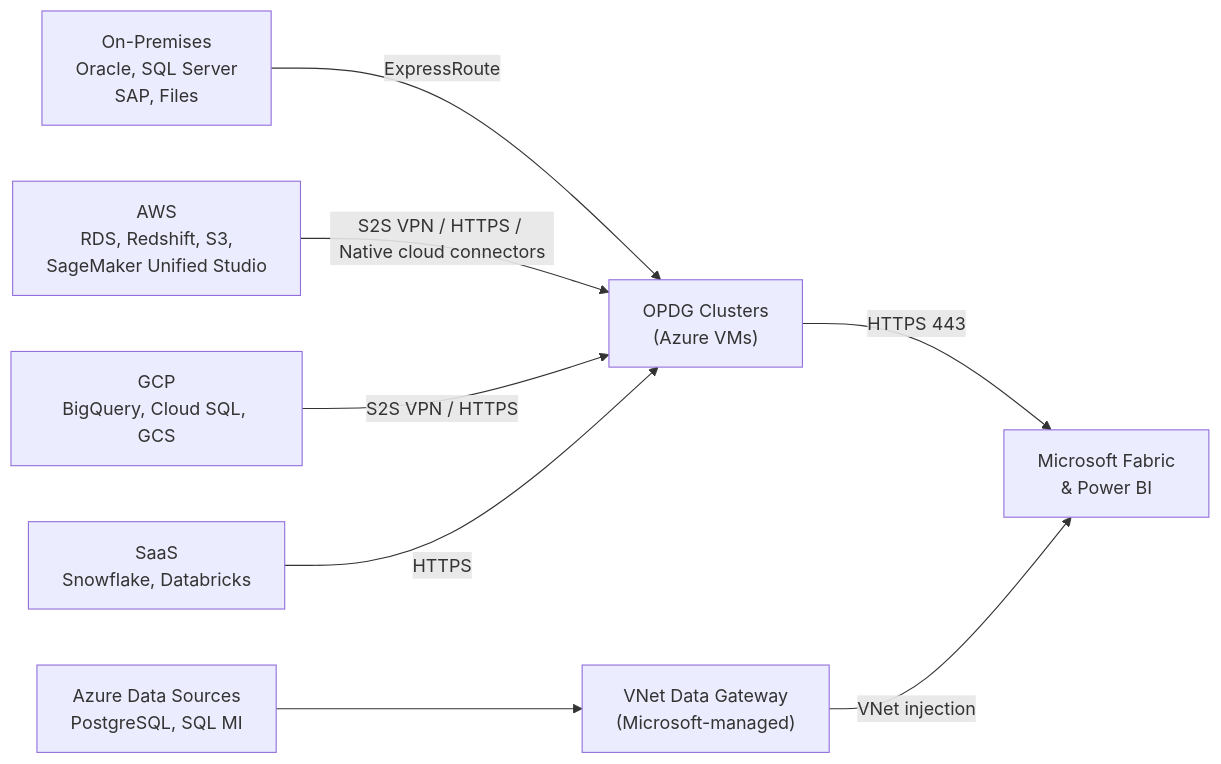
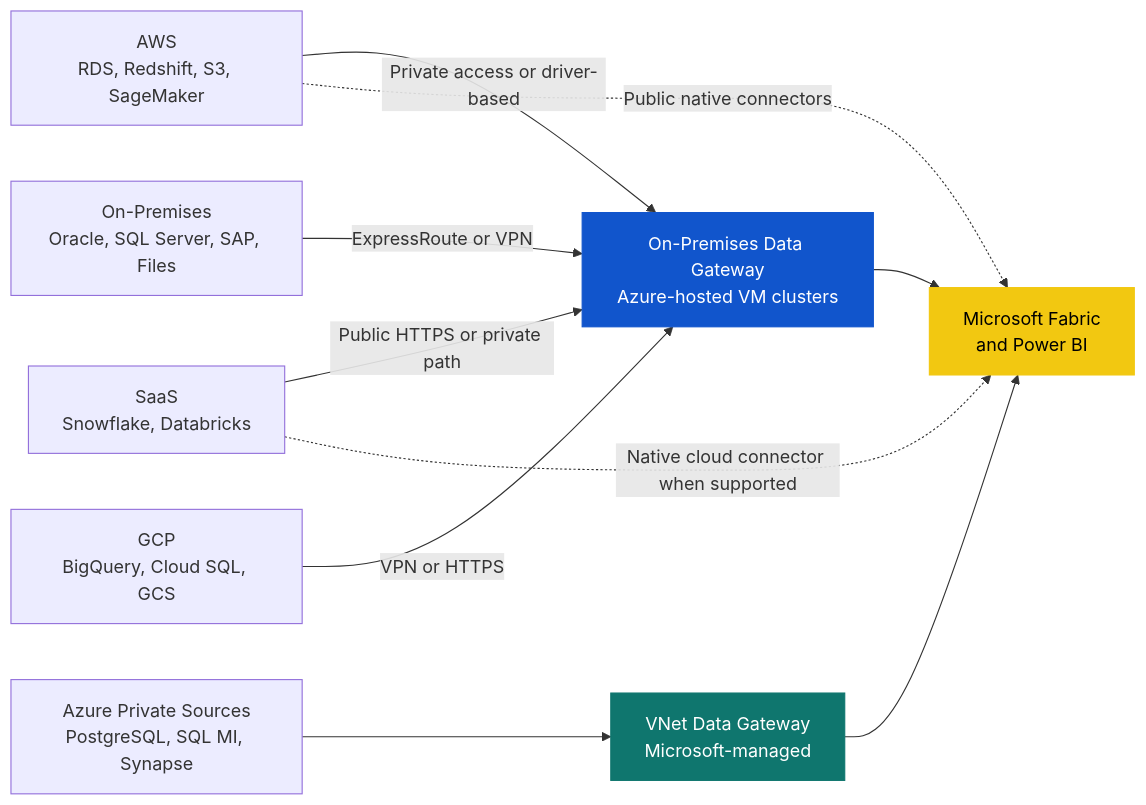
One commit to cyphou/Fabric-Gateway changed the diagram in README.md. Above: the diagram before and after it, drawn with Mermaid. The commit also changed other lines of this file, not shown here.

````diff
--- a/README.md
+++ b/README.md
@@ -9,22 +31,19 @@
 ```mermaid
-graph LR
-    OnPrem["On-Premises\nOracle, SQL Server\nSAP, Files"]
-    AWS["AWS\nRDS, Redshift, S3,\nSageMaker Unified Studio"]
-    GCP["GCP\nBigQuery, Cloud SQL, GCS"]
-    SaaS["SaaS\nSnowflake, Databricks"]
-    AzureDS["Azure Data Sources\nPostgreSQL, SQL MI"]
+flowchart LR
+    ONPREM["On-Premises\nOracle, SQL Server, SAP, Files"] -->|ExpressRoute or VPN| OPDG
+    AWS["AWS\nRDS, Redshift, S3, SageMaker"] -->|Private access or driver-based| OPDG
+    AWS -.->|Public native connectors| FABRIC
+    GCP["GCP\nBigQuery, Cloud SQL, GCS"] -->|VPN or HTTPS| OPDG
+    SAAS["SaaS\nSnowflake, Databricks"] -->|Public HTTPS or private path| OPDG
+    SAAS -.->|Native cloud connector when supported| FABRIC
+    AZURE["Azure Private Sources\nPostgreSQL, SQL MI, Synapse"] --> VNET
 
-    OPDG["OPDG Clusters\n(Azure VMs)"]
-    VNetGW["VNet Data Gateway\n(Microsoft-managed)"]
+    OPDG["On-Premises Data Gateway\nAzure-hosted VM clusters"] --> FABRIC
+    VNET["VNet Data Gateway\nMicrosoft-managed"] --> FABRIC
 
-    Fabric["Microsoft Fabric\n& Power BI"]
+    FABRIC["Microsoft Fabric\nand Power BI"]
 
-    OnPrem -->|ExpressRoute| OPDG
-    AWS -->|S2S VPN / HTTPS / Native cloud connectors| OPDG
-    GCP -->|S2S VPN / HTTPS| OPDG
-    SaaS -->|HTTPS| OPDG
-    AzureDS --> VNetGW
-
-    OPDG -->|HTTPS 443| Fabric
-    VNetGW -->|VNet injection| Fabric
+    style OPDG fill:#1155CC,color:#ffffff,stroke:#1155CC
+    style VNET fill:#0F766E,color:#ffffff,stroke:#0F766E
+    style FABRIC fill:#F2C811,color:#000000,stroke:#F2C811
 ```
````
